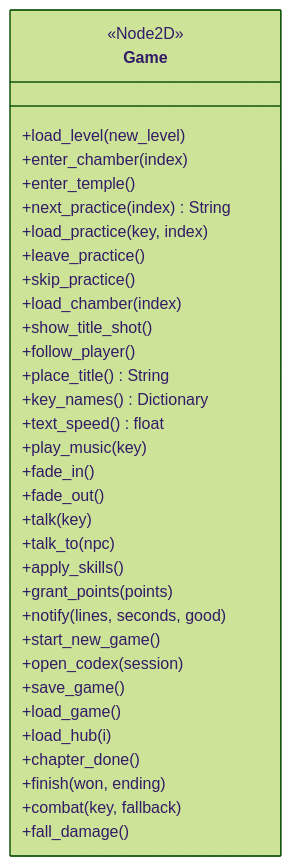
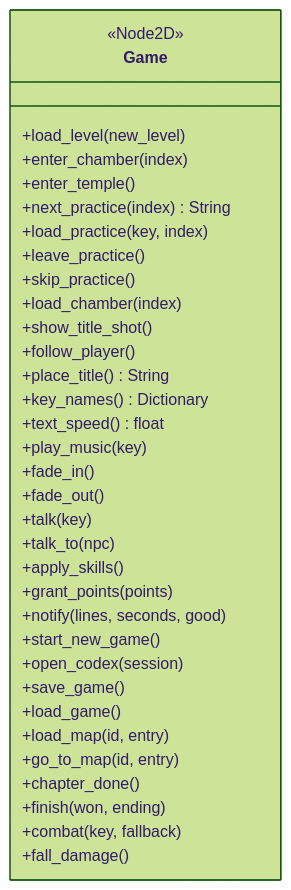
One commit to soyjuza/aritma changed the first of 14 diagrams in docs/UML_COMPLETO.md. Above: the diagram before and after it, drawn with Mermaid (forest theme). The commit also changed other lines of this file and 86 other files, not shown here.

````diff
--- a/docs/UML_COMPLETO.md
+++ b/docs/UML_COMPLETO.md
@@ -10,36 +10,37 @@
 ```mermaid
 classDiagram
     class Game {
         <<Node2D>>
         +load_level(new_level)
         +enter_chamber(index)
         +enter_temple()
         +next_practice(index) String
         +load_practice(key, index)
         +leave_practice()
         +skip_practice()
         +load_chamber(index)
         +show_title_shot()
         +follow_player()
         +place_title() String
         +key_names() Dictionary
         +text_speed() float
         +play_music(key)
         +fade_in()
         +fade_out()
         +talk(key)
         +talk_to(npc)
         +apply_skills()
         +grant_points(points)
         +notify(lines, seconds, good)
         +start_new_game()
         +open_codex(session)
         +save_game()
         +load_game()
-        +load_hub(i)
+        +load_map(id, entry)
+        +go_to_map(id, entry)
         +chapter_done()
         +finish(won, ending)
         +combat(key, fallback)
         +fall_damage()
     }
 ```
````
